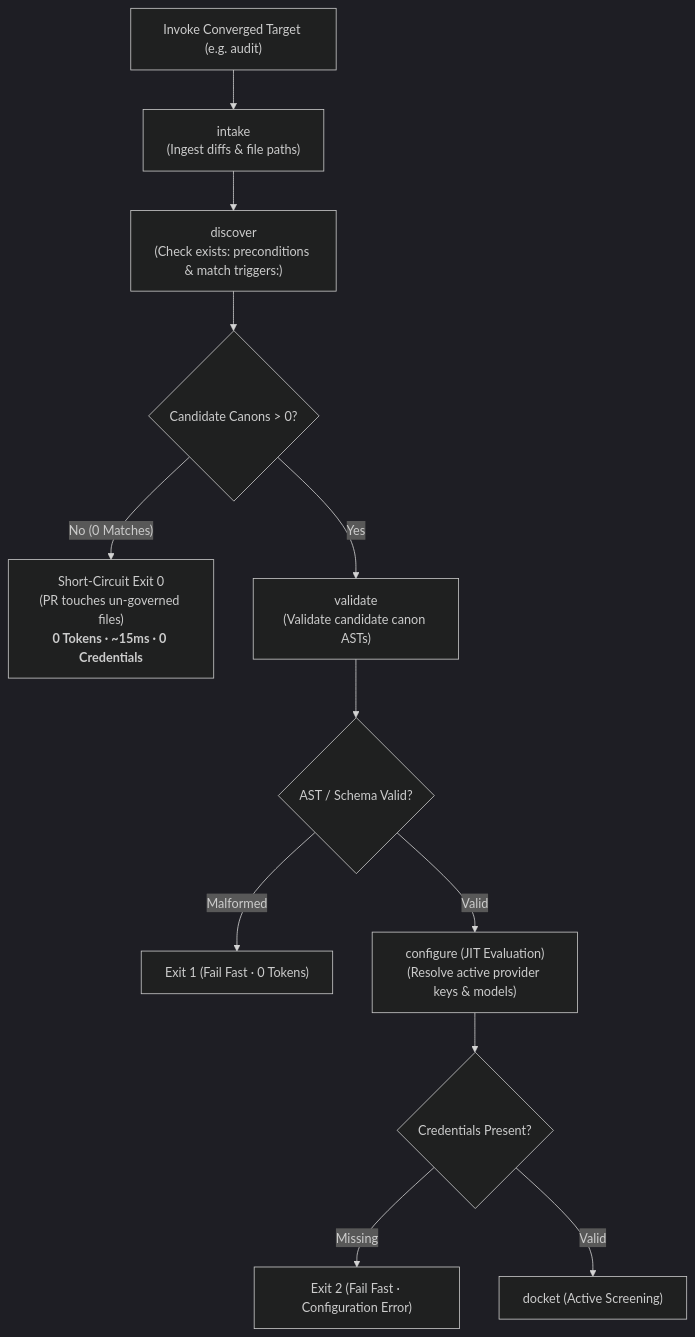
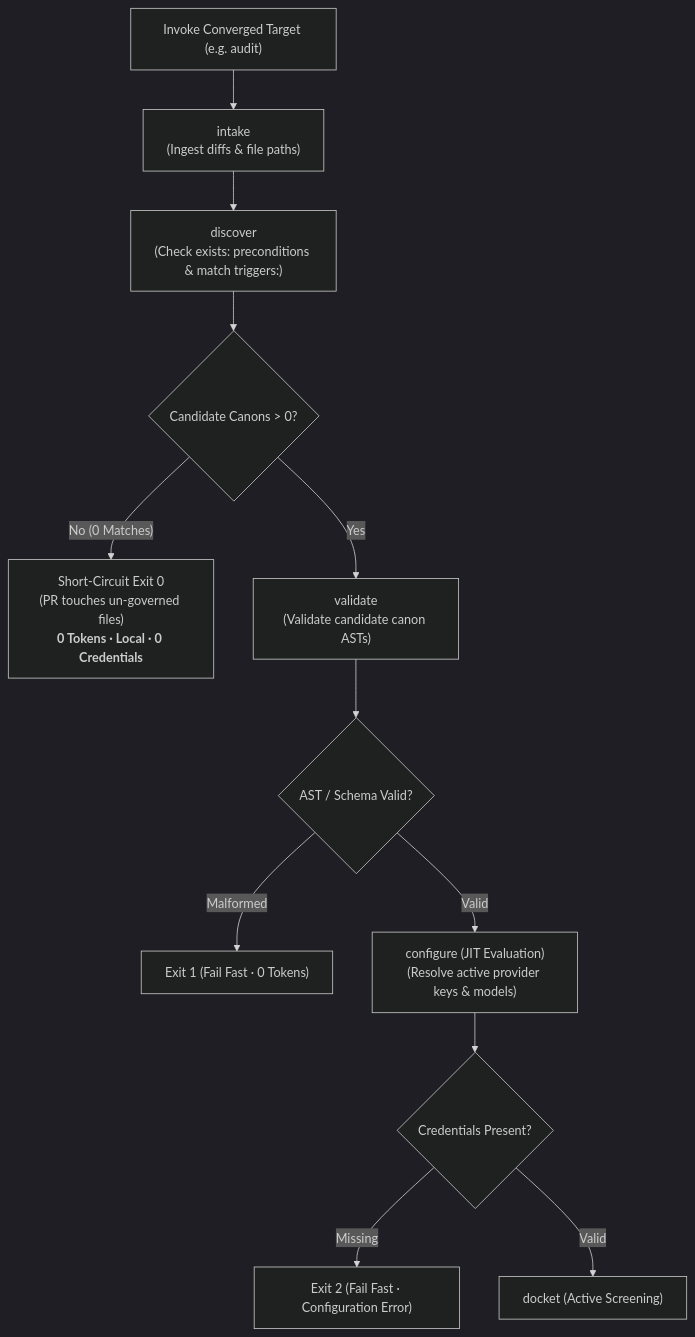
One commit to PAIR-code/canon-clerk changed the second of 2 diagrams in docs/architecture/scheduling.md. Above: the diagram before and after it, drawn with Mermaid (dark theme). The commit also changed other lines of this file and 18 other files, not shown here.

````diff
--- a/docs/architecture/scheduling.md
+++ b/docs/architecture/scheduling.md
@@ -65,17 +65,17 @@
 ```mermaid
 flowchart TD
     Start["Invoke Converged Target (e.g. audit)"] --> S1["intake<br/>(Ingest diffs & file paths)"]
     S1 --> S2["discover<br/>(Check exists: preconditions & match triggers:)"]
     S2 --> Check{"Candidate Canons > 0?"}
     
-    Check -- "No (0 Matches)" --> ShortCircuit["Short-Circuit Exit 0<br/>(PR touches un-governed files)<br/><b>0 Tokens · ~15ms · 0 Credentials</b>"]
+    Check -- "No (0 Matches)" --> ShortCircuit["Short-Circuit Exit 0<br/>(PR touches un-governed files)<br/><b>0 Tokens · Local · 0 Credentials</b>"]
     Check -- "Yes" --> S3["validate<br/>(Validate candidate canon ASTs)"]
     
     S3 --> SyntaxCheck{"AST / Schema Valid?"}
     SyntaxCheck -- "Malformed" --> Fail1["Exit 1 (Fail Fast · 0 Tokens)"]
     SyntaxCheck -- "Valid" --> S4["configure (JIT Evaluation)<br/>(Resolve active provider keys & models)"]
     
     S4 --> ConfigCheck{"Credentials Present?"}
     ConfigCheck -- "Missing" --> Fail2["Exit 2 (Fail Fast · Configuration Error)"]
     ConfigCheck -- "Valid" --> S5["docket (Active Screening)"]
 ```
````
